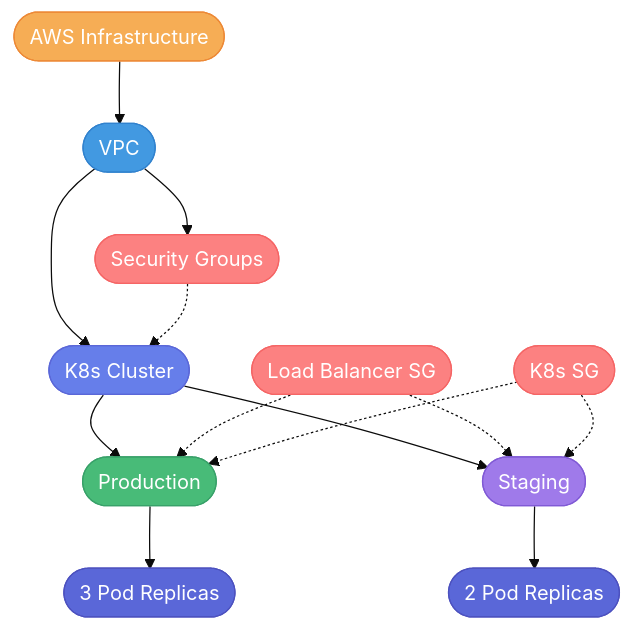
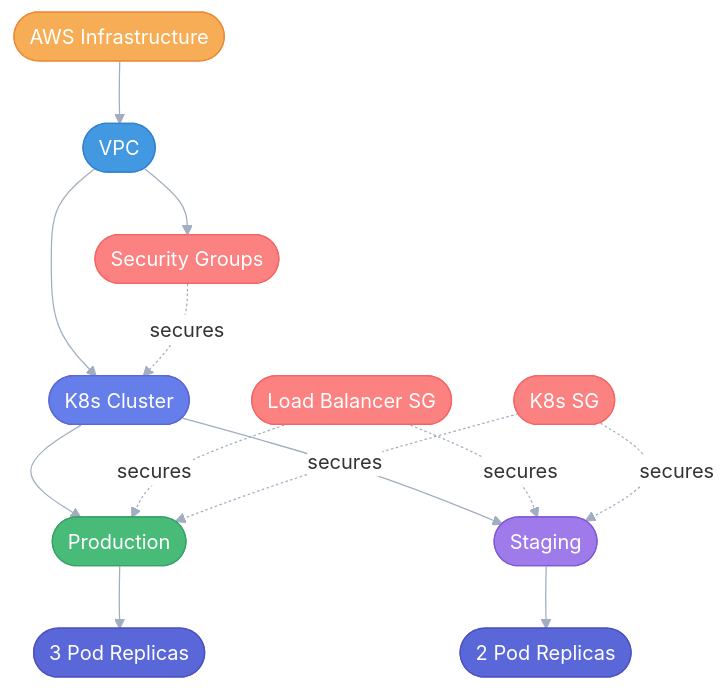
The fourth of 5 diagrams in README.md (DanorSODA/Devops-Course-Final-Project), drawn with Mermaid before and after one commit. The commit also changed other lines of this file, not shown here.

Commit message:
change arrow color on readme graph

````diff
--- a/README.md
+++ b/README.md
@@ -127,27 +127,27 @@
 ```mermaid
-%%{init: {'theme': 'base', 'themeVariables': { 'primaryColor': '#4299e1', 'edgeLabelBackground':'#ffffff', 'tertiaryColor': '#ebf8ff'}}}%%
+%%{init: {'theme': 'base', 'themeVariables': { 'primaryColor': '#4299e1', 'edgeLabelBackground':'#ffffff', 'tertiaryColor': '#ebf8ff', 'lineColor': '#a0aec0'}}}%%
 graph TD
     A([AWS Infrastructure]):::aws --> B([VPC]):::vpc
     B --> SG1([Security Groups]):::sg
     B --> C([K8s Cluster]):::k8s
 
-    SG1 -.-> C
+    SG1 -.secures.-> C
     C --> D([Production]):::prod
     C --> E([Staging]):::stage
 
     D --> DP([3 Pod Replicas]):::pod
     E --> SP([2 Pod Replicas]):::pod
 
-    SG2([Load Balancer SG]):::sg -.-> D
-    SG3([K8s SG]):::sg -.-> D
-    SG2 -.-> E
-    SG3 -.-> E
+    SG2([Load Balancer SG]):::sg -.secures.-> D
+    SG3([K8s SG]):::sg -.secures.-> D
+    SG2 -.secures.-> E
+    SG3 -.secures.-> E
 
     classDef aws fill:#f6ad55,stroke:#ed8936,color:#fff
     classDef vpc fill:#4299e1,stroke:#3182ce,color:#fff
     classDef sg fill:#fc8181,stroke:#f56565,color:#fff
     classDef k8s fill:#667eea,stroke:#5a67d8,color:#fff
     classDef prod fill:#48bb78,stroke:#38a169,color:#fff
     classDef stage fill:#9f7aea,stroke:#805ad5,color:#fff
     classDef pod fill:#5a67d8,stroke:#4c51bf,color:#fff
 ```
````
